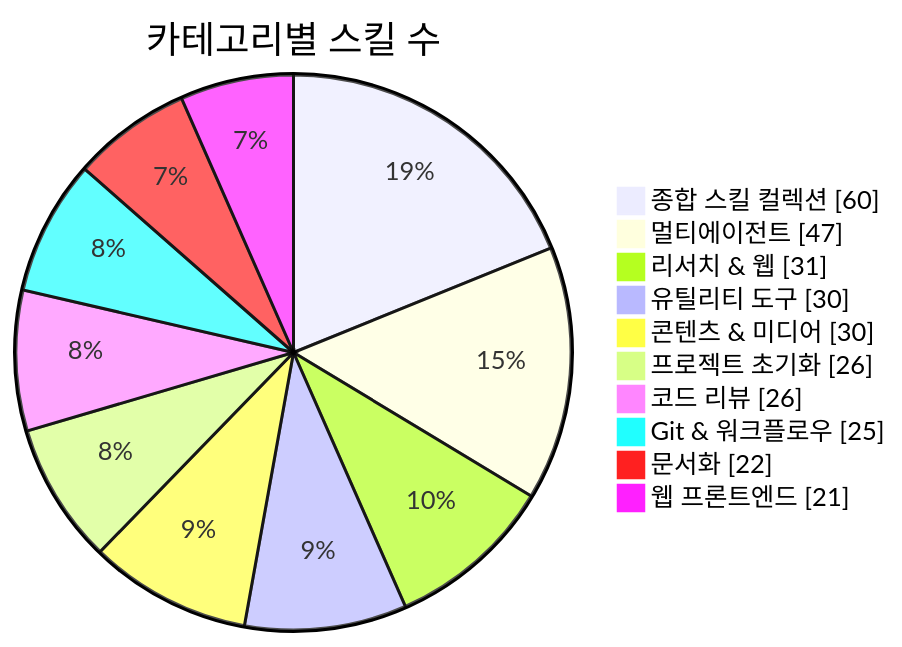
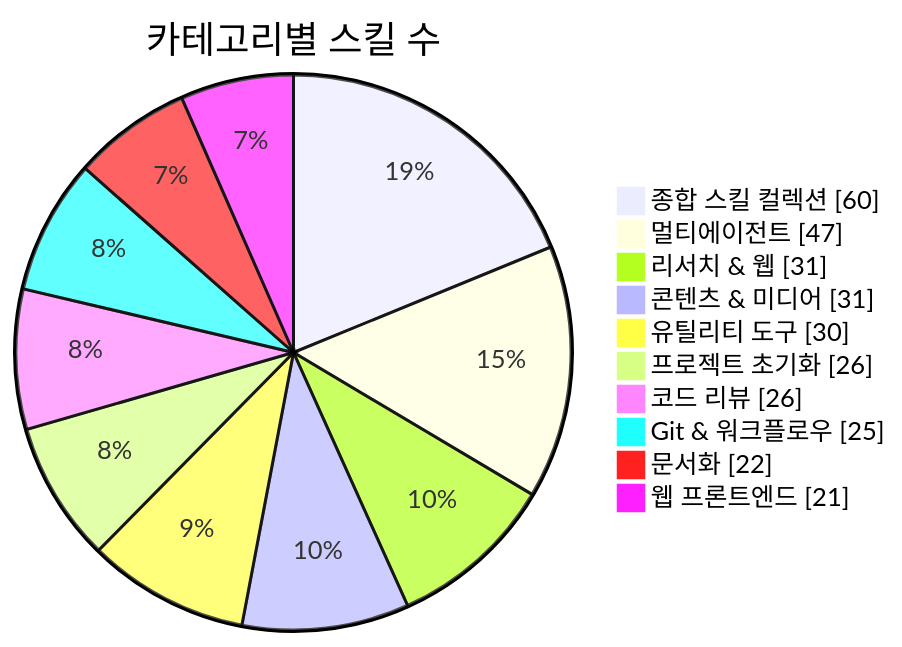
The first of 3 diagrams in README.md (J-nowcow/awesome-korean-agent-skills), drawn with Mermaid before and after one commit. The commit also changed other lines of this file and 3 other files, not shown here.

````diff
--- a/README.md
+++ b/README.md
@@ -176,14 +176,14 @@
 ```mermaid
 pie showData
     title 카테고리별 스킬 수
     "종합 스킬 컬렉션" : 60
     "멀티에이전트" : 47
     "리서치 & 웹" : 31
+    "콘텐츠 & 미디어" : 31
     "유틸리티 도구" : 30
-    "콘텐츠 & 미디어" : 30
     "프로젝트 초기화" : 26
     "코드 리뷰" : 26
     "Git & 워크플로우" : 25
     "문서화" : 22
     "웹 프론트엔드" : 21
 ```
````
